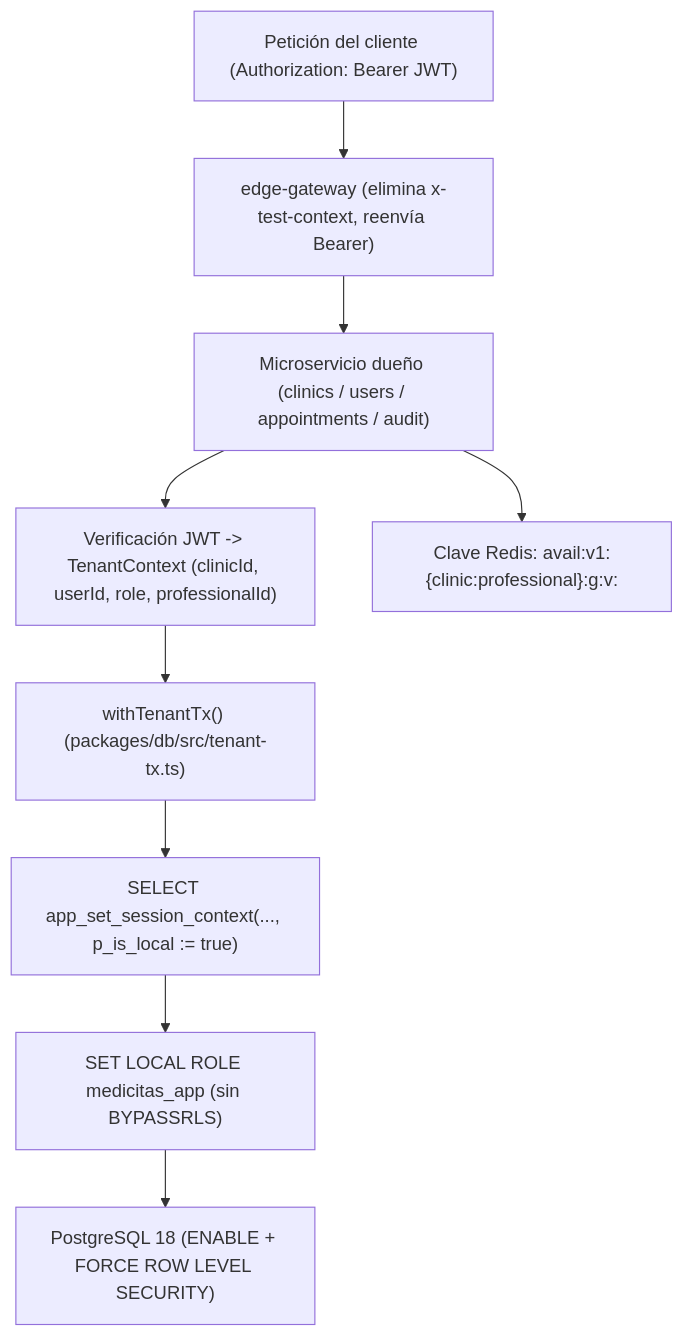
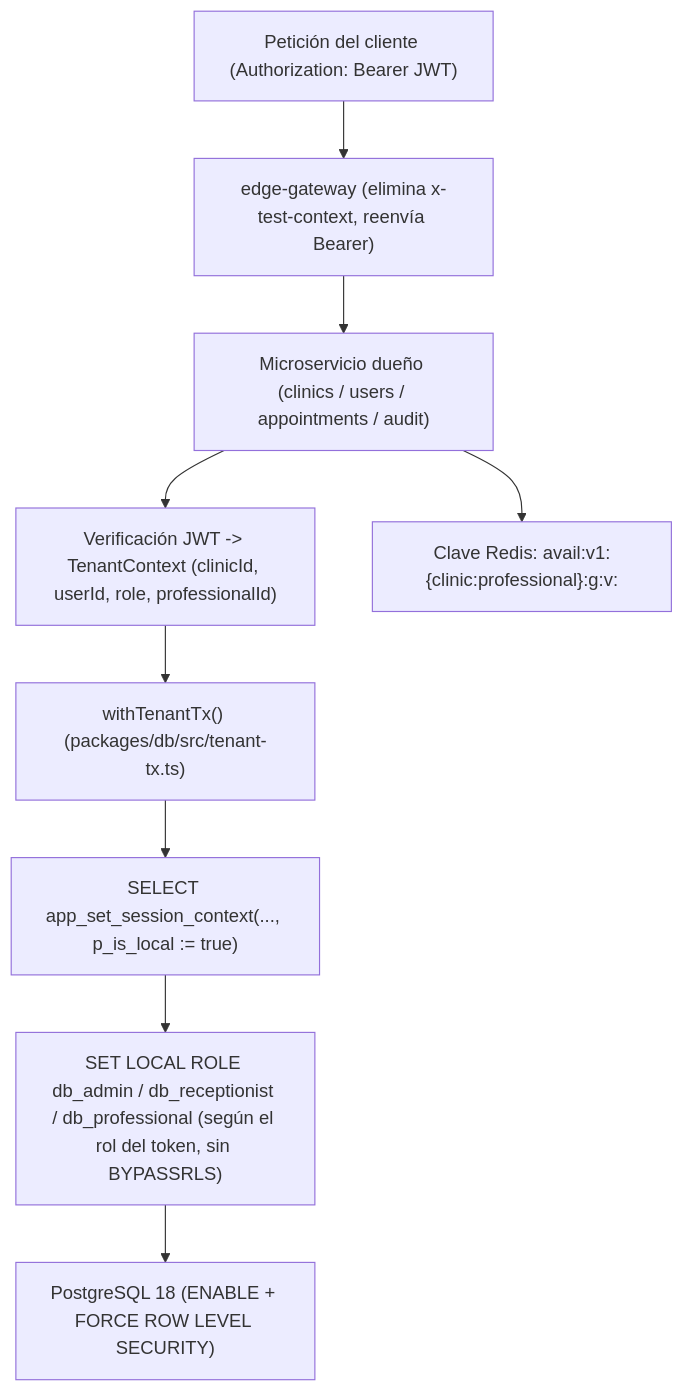
One commit to ErikZF/MediCitas changed the diagram in docs/multitenancy.es.md. Above: the diagram before and after it, drawn with Mermaid. The commit also changed other lines of this file and 37 other files, not shown here.

````diff
--- a/docs/multitenancy.es.md
+++ b/docs/multitenancy.es.md
@@ -13,12 +13,12 @@
 ```mermaid
 flowchart TD
     Caller["Petición del cliente (Authorization: Bearer JWT)"] --> Gateway["edge-gateway (elimina x-test-context, reenvía Bearer)"]
     Gateway --> Service["Microservicio dueño (clinics / users / appointments / audit)"]
     Service --> Auth["Verificación JWT -> TenantContext (clinicId, userId, role, professionalId)"]
     Auth --> Tx["withTenantTx() (packages/db/src/tenant-tx.ts)"]
     Tx --> GUC["SELECT app_set_session_context(..., p_is_local := true)"]
-    GUC --> Role["SET LOCAL ROLE medicitas_app (sin BYPASSRLS)"]
+    GUC --> Role["SET LOCAL ROLE db_admin / db_receptionist / db_professional (según el rol del token, sin BYPASSRLS)"]
     Role --> RLS["PostgreSQL 18 (ENABLE + FORCE ROW LEVEL SECURITY)"]
 
     Service --> Cache["Clave Redis: avail:v1:{clinic:professional}:g<gen>:v<ver>:<date>"]
 ```
````
